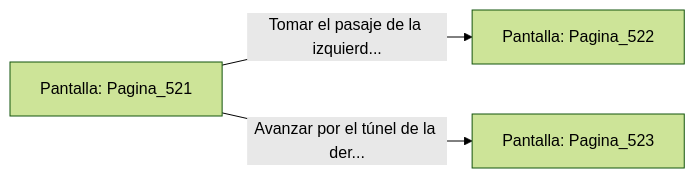
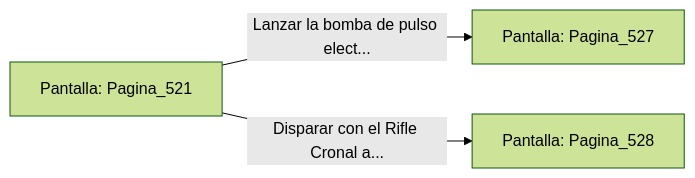
One commit to metsuke/mpl changed the diagram in sample/eligejuego-vault/Pantalla_Pagina_521.md. Above: the diagram before and after it, drawn with Mermaid (forest theme). The commit also changed other lines of this file and 635 other files, not shown here.

First line of the commit message:
fix: añadir Pagina_1 como pantalla inicial en capitulo_01.mpl

````diff
--- a/sample/eligejuego-vault/Pantalla_Pagina_521.md
+++ b/sample/eligejuego-vault/Pantalla_Pagina_521.md
@@ -20,6 +24,6 @@
 ```mermaid
 graph LR
     P_Pagina_521["Pantalla: Pagina_521"]
-    P_Pagina_521 -->|"Tomar el pasaje de la izquierd..."| P_Pagina_522["Pantalla: Pagina_522"]
-    P_Pagina_521 -->|"Avanzar por el túnel de la der..."| P_Pagina_523["Pantalla: Pagina_523"]
+    P_Pagina_521 -->|"Lanzar la bomba de pulso elect..."| P_Pagina_527["Pantalla: Pagina_527"]
+    P_Pagina_521 -->|"Disparar con el Rifle Cronal a..."| P_Pagina_528["Pantalla: Pagina_528"]
 ```
````
